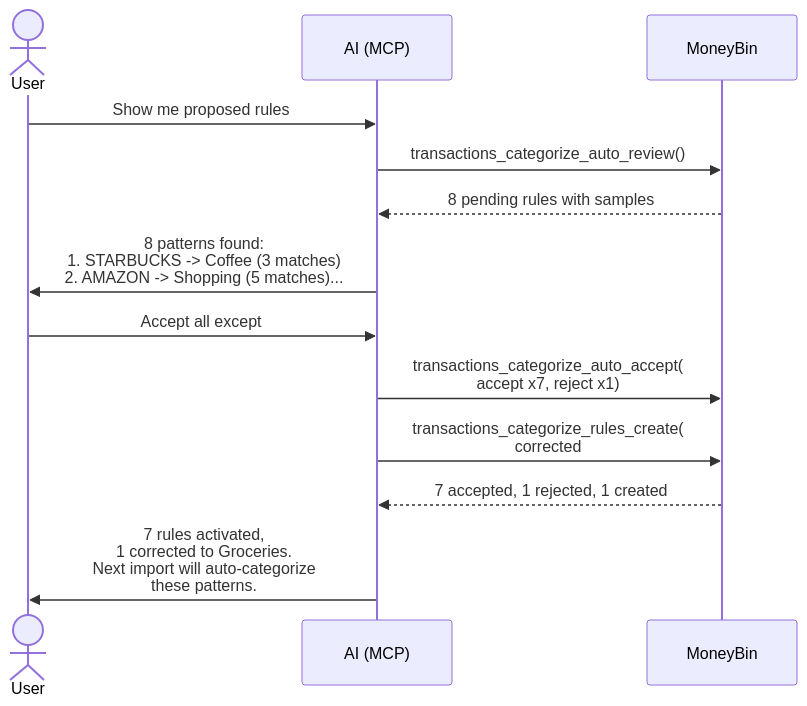
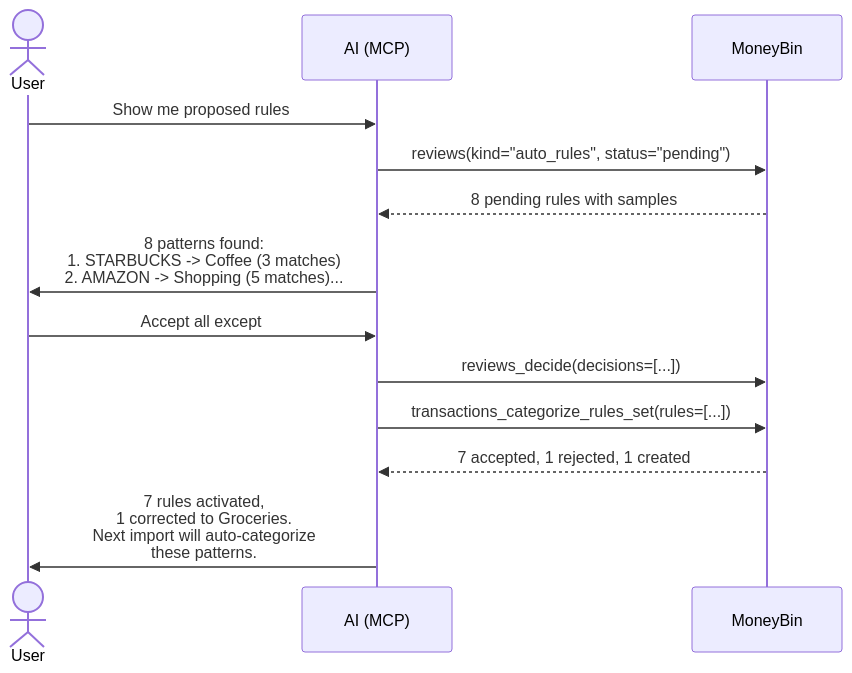
The diagram in docs/specs/categorization-auto-rules.md (bsaffel/moneybin), drawn with Mermaid before and after one commit. The commit also changed other lines of this file and 88 other files, not shown here.

````diff
--- a/docs/specs/categorization-auto-rules.md
+++ b/docs/specs/categorization-auto-rules.md
@@ -245,16 +245,16 @@
 ```mermaid
 sequenceDiagram
     actor User
     participant AI as AI (MCP)
     participant Sys as MoneyBin
 
     User->>AI: Show me proposed rules
-    AI->>Sys: transactions_categorize_auto_review()
+    AI->>Sys: reviews(kind="auto_rules", status="pending")
     Sys-->>AI: 8 pending rules with samples
     AI->>User: 8 patterns found:<br/>1. STARBUCKS -> Coffee (3 matches)<br/>2. AMAZON -> Shopping (5 matches)...
     User->>AI: Accept all except #4,<br/>that should be Groceries
-    AI->>Sys: transactions_categorize_auto_accept(<br/>accept x7, reject x1)
-    AI->>Sys: transactions_categorize_rules_create(<br/>corrected #4 as Groceries)
+    AI->>Sys: reviews_decide(decisions=[...])
+    AI->>Sys: transactions_categorize_rules_set(rules=[...])
     Sys-->>AI: 7 accepted, 1 rejected, 1 created
     AI->>User: 7 rules activated,<br/>1 corrected to Groceries.<br/>Next import will auto-categorize<br/>these patterns.
 ```
````
